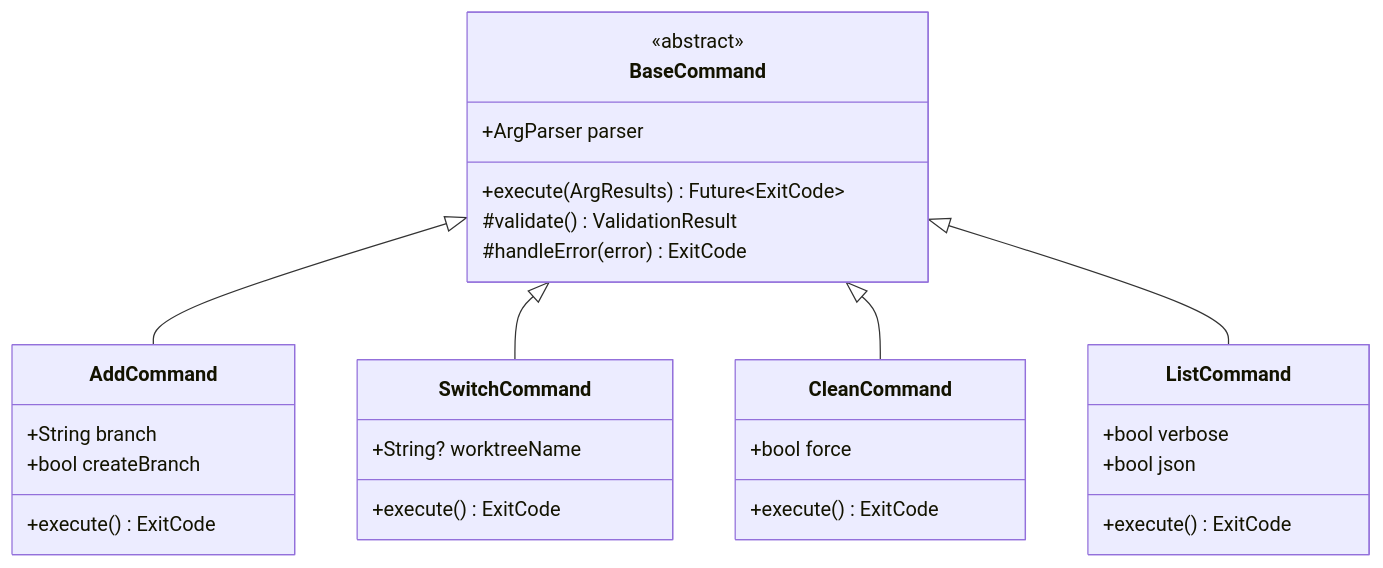
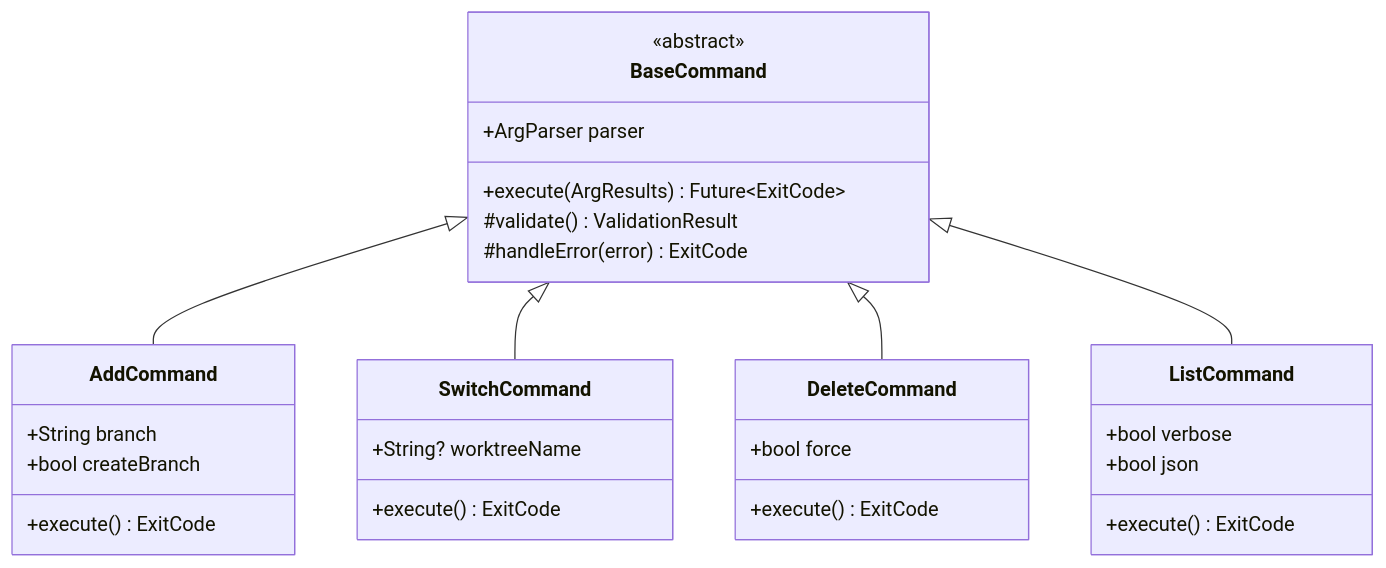
The second of 15 diagrams in docs/ARCHITECTURE.md (timovandeput/gwm), drawn with Mermaid before and after one commit. The commit also changed other lines of this file and 28 other files, not shown here.

Commit message:
feat: rename clean command to delete and update related references

````diff
--- a/docs/ARCHITECTURE.md
+++ b/docs/ARCHITECTURE.md
@@ -141,37 +141,37 @@
 ```mermaid
 classDiagram
     class BaseCommand {
         <<abstract>>
         +ArgParser parser
         +execute(ArgResults) Future~ExitCode~
         #validate() ValidationResult
         #handleError(error) ExitCode
     }
 
     class AddCommand {
         +String branch
         +bool createBranch
         +execute() ExitCode
     }
 
     class SwitchCommand {
         +String? worktreeName
         +execute() ExitCode
     }
 
-    class CleanCommand {
+    class DeleteCommand {
         +bool force
         +execute() ExitCode
     }
 
     class ListCommand {
         +bool verbose
         +bool json
         +execute() ExitCode
     }
 
     BaseCommand <|-- AddCommand
     BaseCommand <|-- SwitchCommand
-    BaseCommand <|-- CleanCommand
+    BaseCommand <|-- DeleteCommand
     BaseCommand <|-- ListCommand
 ```
````
